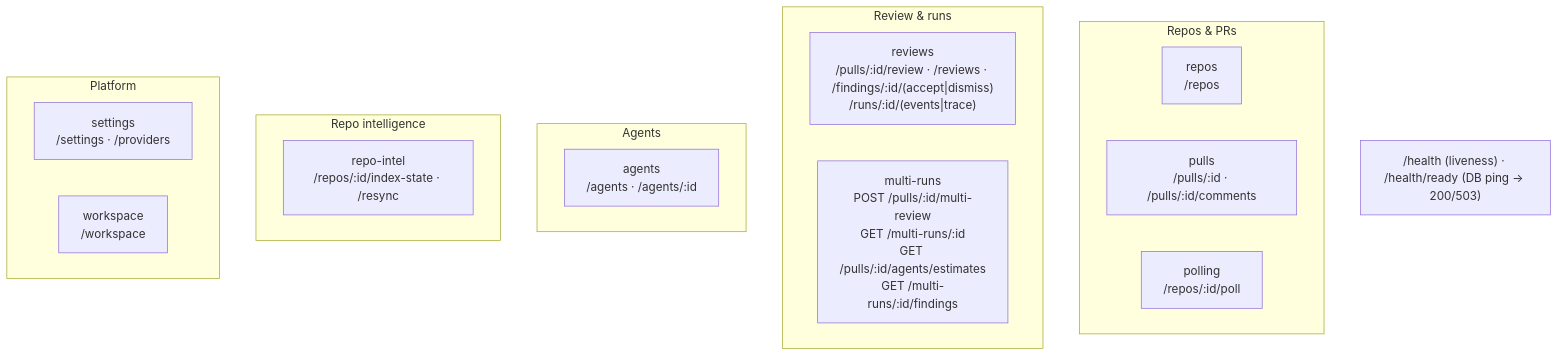
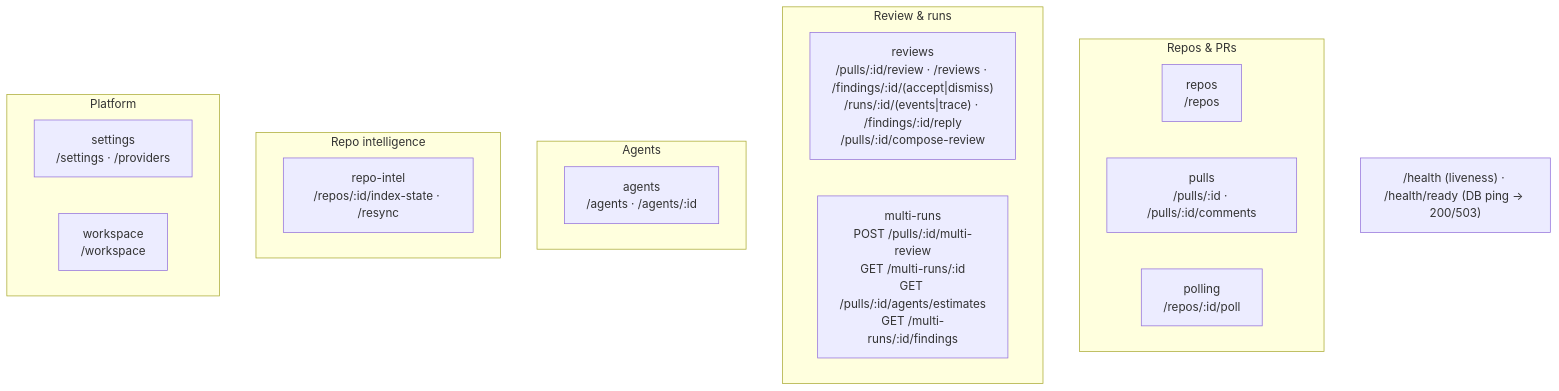
Before and after one commit to VadimPoltoratskiy/dev-digest: the second of 2 diagrams in server/docs/README.md, drawn with Mermaid. The commit also changed other lines of this file and 20 other files, not shown here.

````diff
--- a/server/docs/README.md
+++ b/server/docs/README.md
@@ -64,23 +64,23 @@
 ```mermaid
 flowchart TB
   subgraph Repos_PRs["Repos & PRs"]
     repos["repos<br/>/repos"]
     pulls["pulls<br/>/pulls/:id · /pulls/:id/comments"]
     polling["polling<br/>/repos/:id/poll"]
   end
   subgraph Review["Review & runs"]
-    reviews["reviews<br/>/pulls/:id/review · /reviews · /findings/:id/(accept|dismiss)<br/>/runs/:id/(events|trace)"]
+    reviews["reviews<br/>/pulls/:id/review · /reviews · /findings/:id/(accept|dismiss)<br/>/runs/:id/(events|trace) · /findings/:id/reply<br/>/pulls/:id/compose-review"]
     multiRuns["multi-runs<br/>POST /pulls/:id/multi-review<br/>GET /multi-runs/:id<br/>GET /pulls/:id/agents/estimates<br/>GET /multi-runs/:id/findings"]
   end
   subgraph Agents["Agents"]
     agents["agents<br/>/agents · /agents/:id"]
   end
   subgraph Intel["Repo intelligence"]
     repoIntel["repo-intel<br/>/repos/:id/index-state · /resync"]
   end
   subgraph Platform["Platform"]
     settings["settings<br/>/settings · /providers"]
     workspace["workspace<br/>/workspace"]
   end
   HEALTH["/health (liveness) · /health/ready (DB ping → 200/503)"]
 ```
````
